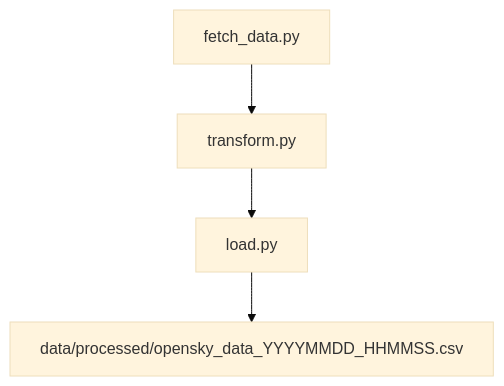
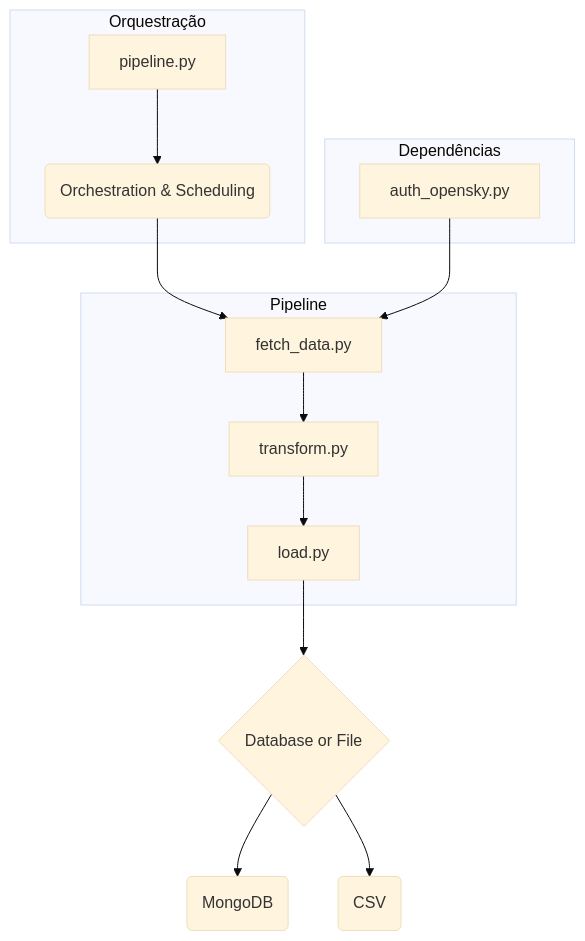
Before and after one commit to victoroscar30/aeroexplorer: the first of 2 diagrams in README.md, drawn with Mermaid (base theme). The commit also changed other lines of this file, not shown here.

Commit message:
Adjusting Readme

````diff
--- a/README.md
+++ b/README.md
@@ -77,6 +78,20 @@
 ```mermaid
 graph TD
-    A[fetch_data.py] --> B[transform.py];
-    B --> C[load.py];
-    C --> D[data/processed/opensky_data_YYYYMMDD_HHMMSS.csv];
+    subgraph Orquestração
+        A[pipeline.py] --> B(Orchestration & Scheduling);
+    end
+
+    subgraph Pipeline
+        B --> C[fetch_data.py];
+        C --> D[transform.py];
+        D --> E[load.py];
+    end
+
+    subgraph Dependências
+        G[auth_opensky.py] --> C;
+    end
+    
+    E --> F{Database or File};
+    F --> I(MongoDB);
+    F --> H(CSV);
 ```
````
